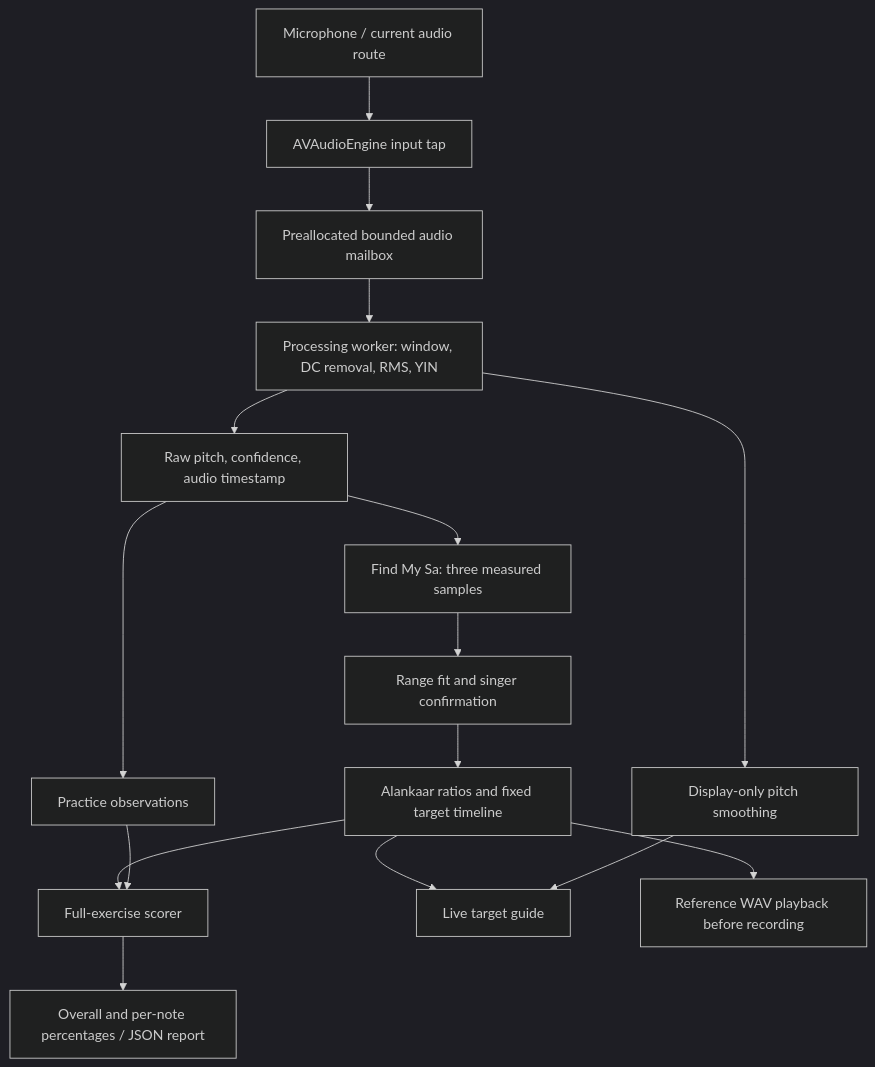
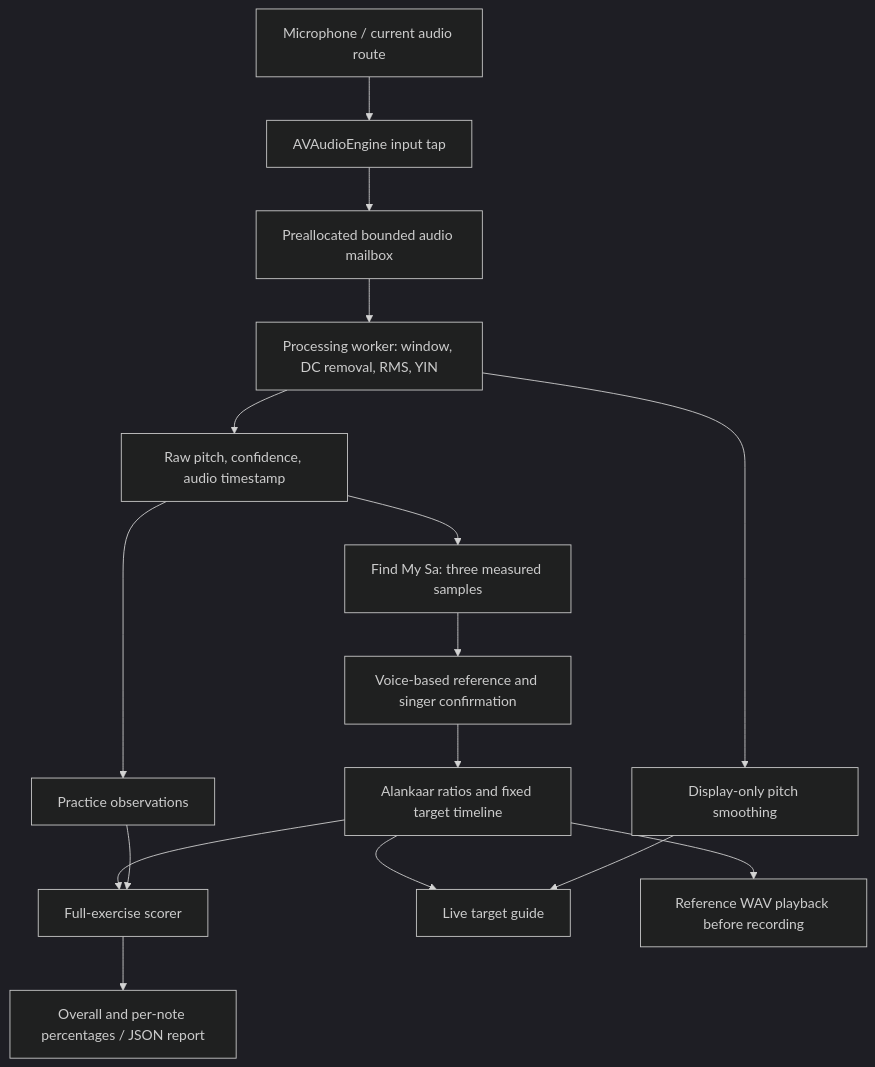
The diagram in docs/TECHNICAL_WALKTHROUGH.md (Aniruddh2708/swarsaathi-prototype), drawn with Mermaid (dark theme) before and after one commit. The commit also changed other lines of this file and 17 other files, not shown here.

Commit message:
Decouple voice calibration and confirmed Sa from exercise range checks

````diff
--- a/docs/TECHNICAL_WALKTHROUGH.md
+++ b/docs/TECHNICAL_WALKTHROUGH.md
@@ -46,18 +46,18 @@
 ```mermaid
 flowchart TD
     A[Microphone / current audio route] --> B[AVAudioEngine input tap]
     B --> C[Preallocated bounded audio mailbox]
     C --> D[Processing worker: window, DC removal, RMS, YIN]
     D --> E[Raw pitch, confidence, audio timestamp]
     D --> F[Display-only pitch smoothing]
     E --> G[Find My Sa: three measured samples]
-    G --> H[Range fit and singer confirmation]
+    G --> H[Voice-based reference and singer confirmation]
     H --> I[Alankaar ratios and fixed target timeline]
     E --> J[Practice observations]
     I --> K[Full-exercise scorer]
     J --> K
     K --> L[Overall and per-note percentages / JSON report]
     I --> M[Live target guide]
     F --> M
     I --> N[Reference WAV playback before recording]
 ```
````
